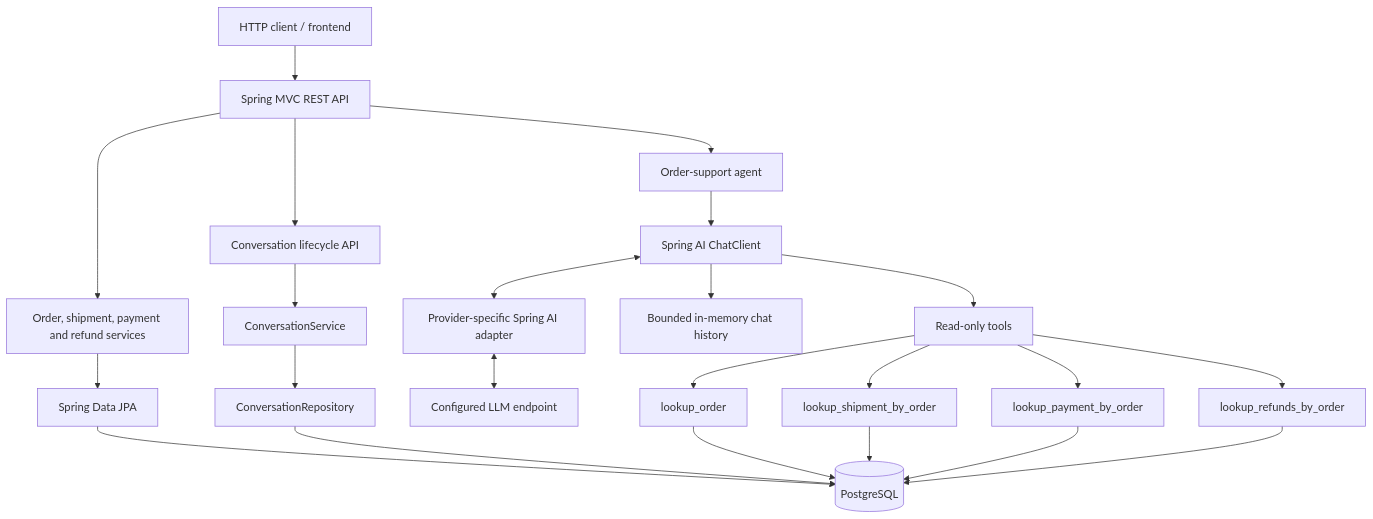
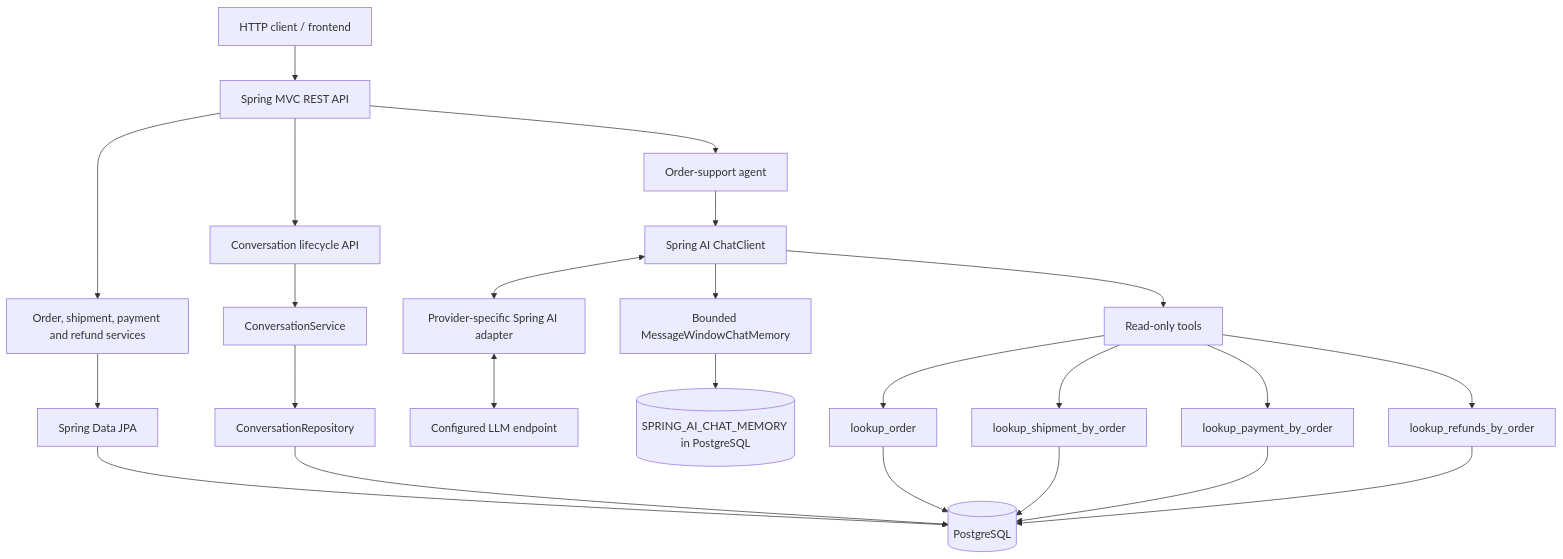
Before and after one commit to sbaychev/knowledge-agent: the diagram in README.md, drawn with Mermaid. The commit also changed other lines of this file and 7 other files, not shown here.

First line of the commit message:
feat(memory): persist bounded chat memory in PostgreSQL

````diff
--- a/README.md
+++ b/README.md
@@ -66,30 +67,31 @@
 ```mermaid
 flowchart TD
     Client[HTTP client / frontend] --> API[Spring MVC REST API]
 
     API --> Domain[Order, shipment, payment and refund services]
     Domain --> JPA[Spring Data JPA]
     JPA --> DB[(PostgreSQL)]
 
     API --> ConversationAPI[Conversation lifecycle API]
     ConversationAPI --> ConversationService[ConversationService]
     ConversationService --> ConversationRepo[ConversationRepository]
     ConversationRepo --> DB
 
     API --> Agent[Order-support agent]
     Agent --> ChatClient[Spring AI ChatClient]
     ChatClient <--> Adapter[Provider-specific Spring AI adapter]
     Adapter <--> LLM[Configured LLM endpoint]
-    ChatClient --> Memory[Bounded in-memory chat history]
+    ChatClient --> Memory[Bounded MessageWindowChatMemory]
+    Memory --> MemoryDB[(SPRING_AI_CHAT_MEMORY in PostgreSQL)]
     ChatClient --> Tools[Read-only tools]
 
     Tools --> OrderTool[lookup_order]
     Tools --> ShipmentTool[lookup_shipment_by_order]
     Tools --> PaymentTool[lookup_payment_by_order]
     Tools --> RefundTool[lookup_refunds_by_order]
 
     OrderTool --> DB
     ShipmentTool --> DB
     PaymentTool --> DB
     RefundTool --> DB
 ```
````
